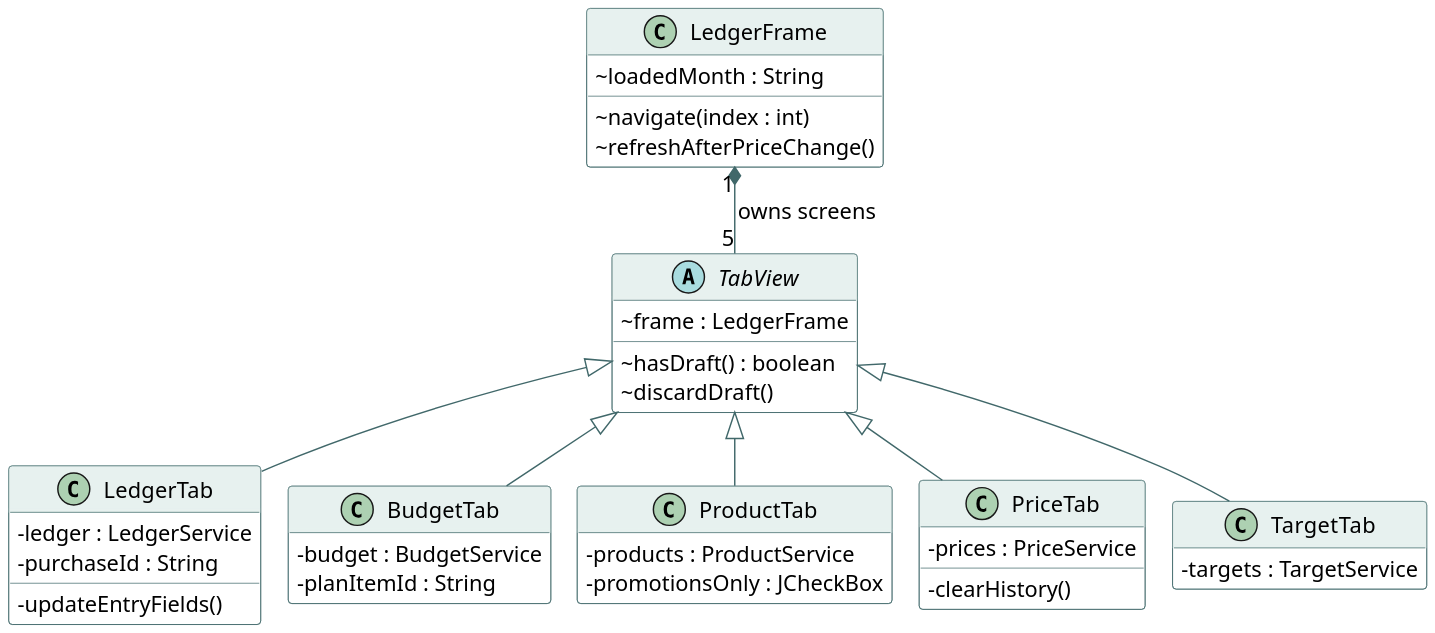
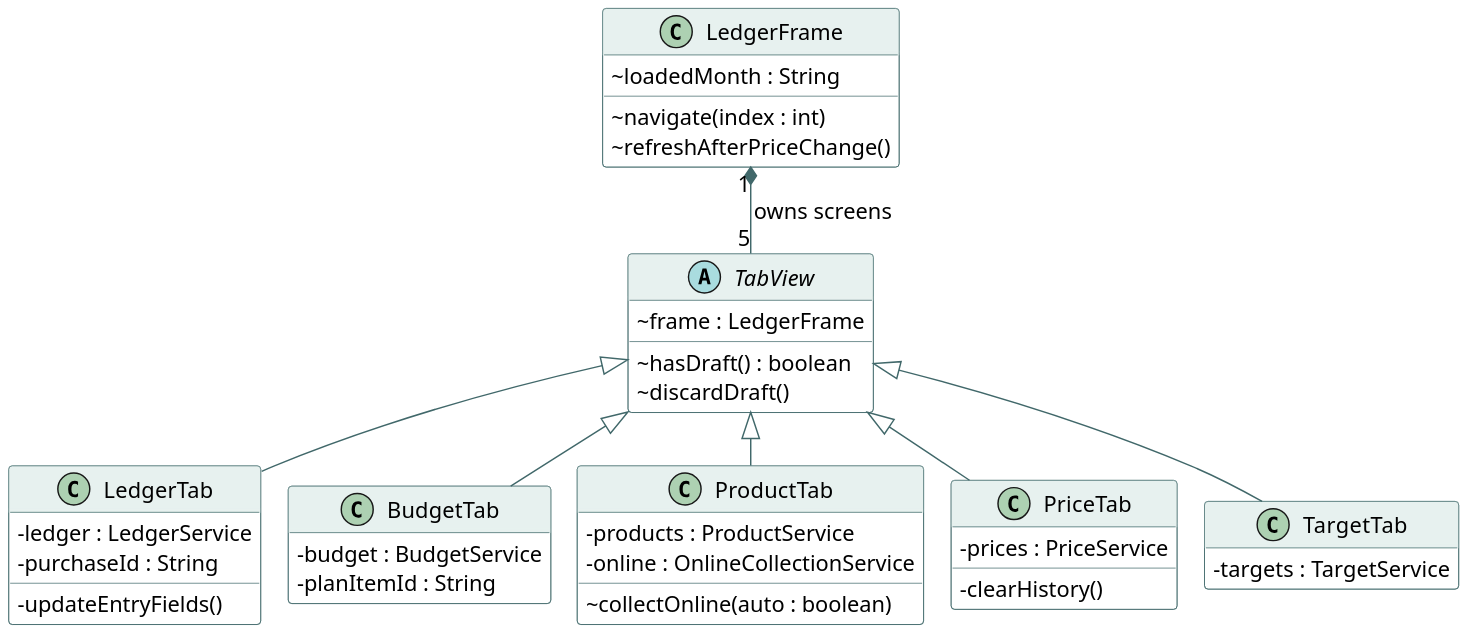
One commit to hyeonsu-test/smart-grocery-ledger changed the diagram in doc/class-storage-ui.puml. Above: the diagram before and after it, drawn with PlantUML. The commit also changed 57 other files, not shown here.

```diff
--- a/doc/class-storage-ui.puml
+++ b/doc/class-storage-ui.puml
@@ -1,50 +1,51 @@
 @startuml
 !pragma layout smetana
 skinparam dpi 170
 skinparam shadowing false
 skinparam classAttributeIconSize 0
 skinparam defaultFontName Arial
 skinparam defaultFontSize 15
 skinparam classBackgroundColor #FFFFFF
 skinparam classBorderColor #41686A
 skinparam classHeaderBackgroundColor #E7F1EF
 skinparam ArrowColor #41686A
 hide empty members
 top to bottom direction
 class LedgerFrame {
   ~ loadedMonth : String
   ~ navigate(index : int)
   ~ refreshAfterPriceChange()
 }
 abstract class TabView {
   ~ frame : LedgerFrame
   ~ hasDraft() : boolean
   ~ discardDraft()
 }
 class LedgerTab {
   - ledger : LedgerService
   - purchaseId : String
   - updateEntryFields()
 }
 class BudgetTab {
   - budget : BudgetService
   - planItemId : String
 }
 class ProductTab {
   - products : ProductService
-  - promotionsOnly : JCheckBox
+  - online : OnlineCollectionService
+  ~ collectOnline(auto : boolean)
 }
 class PriceTab {
   - prices : PriceService
   - clearHistory()
 }
 class TargetTab {
   - targets : TargetService
 }
 LedgerFrame "1" *-- "5" TabView : owns screens
 TabView <|-- LedgerTab
 TabView <|-- BudgetTab
 TabView <|-- ProductTab
 TabView <|-- PriceTab
 TabView <|-- TargetTab
 @enduml
```
